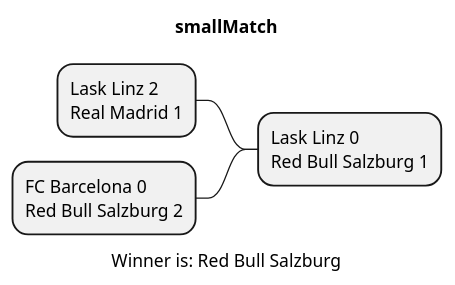
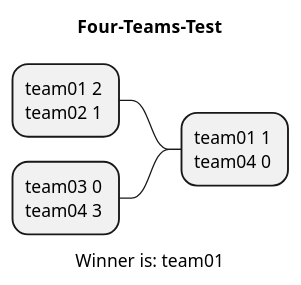
The diagram in asciidocs/plantuml/Result.puml (htl-leonding-project/2022-4ahif-autohaus), drawn with PlantUML before and after one commit. The commit also changed 14 other files, not shown here.

```diff
--- a/asciidocs/plantuml/Result.puml
+++ b/asciidocs/plantuml/Result.puml
@@ -1,10 +1,10 @@
-@startmindmap smallMatch.png
-title smallMatch
+@startmindmap Four-Teams-Test.png
+title Four-Teams-Test
 
-- Lask Linz 0 \nRed Bull Salzburg 1
+- team01 1 \nteam04 0
 
--- Lask Linz 2 \nReal Madrid 1
+-- team01 2 \nteam02 1
 
--- FC Barcelona 0 \nRed Bull Salzburg 2
-caption Winner is: Red Bull Salzburg
+-- team03 0 \nteam04 3
+caption Winner is: team01
 @endmindmap
```
